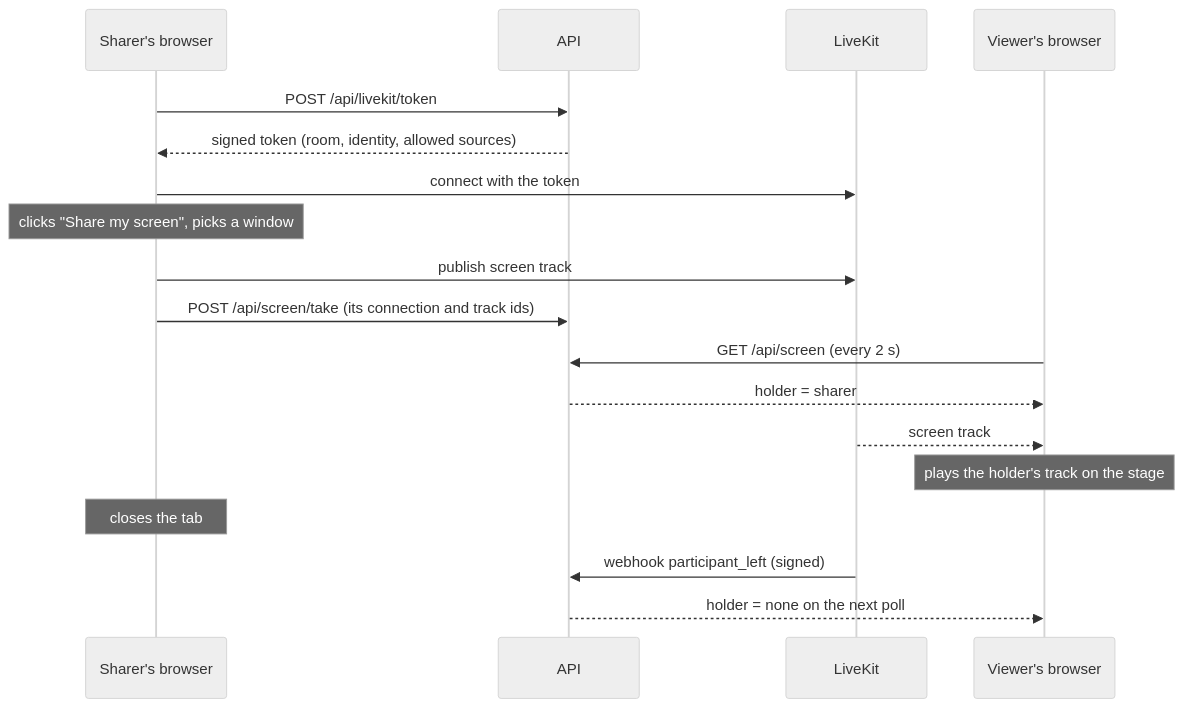
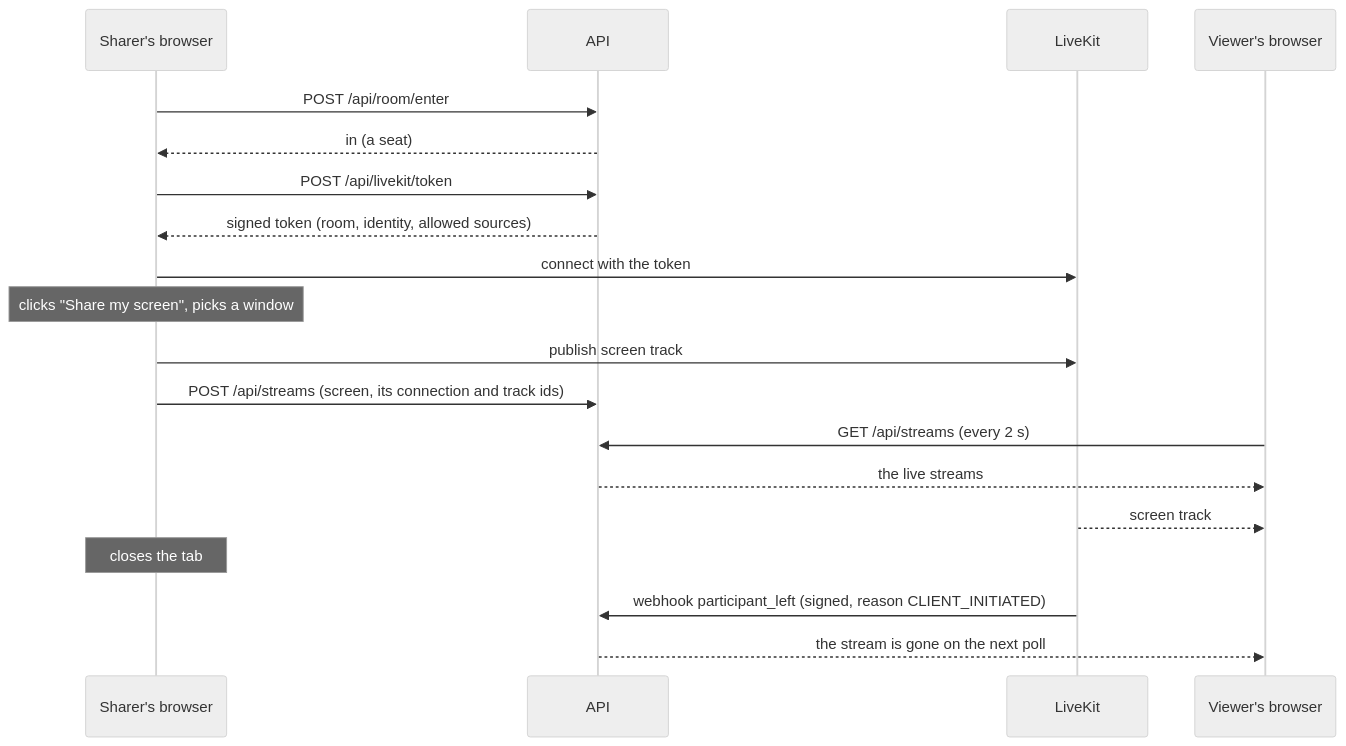
One commit to Hbrauveres/xove changed the third of 3 diagrams in docs/architecture.md. Above: the diagram before and after it, drawn with Mermaid (neutral theme). The commit also changed other lines of this file and 91 other files, not shown here.

First line of the commit message:
feat: several streams, cameras, a facecam and a room with seats (0060) (#90)

````diff
--- a/docs/architecture.md
+++ b/docs/architecture.md
@@ -80,20 +81,21 @@
 ```mermaid
 sequenceDiagram
   participant S as Sharer's browser
   participant A as API
   participant L as LiveKit
   participant V as Viewer's browser
+  S->>A: POST /api/room/enter
+  A-->>S: in (a seat)
   S->>A: POST /api/livekit/token
   A-->>S: signed token (room, identity, allowed sources)
   S->>L: connect with the token
   Note over S: clicks "Share my screen", picks a window
   S->>L: publish screen track
-  S->>A: POST /api/screen/take (its connection and track ids)
-  V->>A: GET /api/screen (every 2 s)
-  A-->>V: holder = sharer
+  S->>A: POST /api/streams (screen, its connection and track ids)
+  V->>A: GET /api/streams (every 2 s)
+  A-->>V: the live streams
   L-->>V: screen track
-  Note over V: plays the holder's track on the stage
   Note over S: closes the tab
-  L->>A: webhook participant_left (signed)
-  A-->>V: holder = none on the next poll
+  L->>A: webhook participant_left (signed, reason CLIENT_INITIATED)
+  A-->>V: the stream is gone on the next poll
 ```
````
